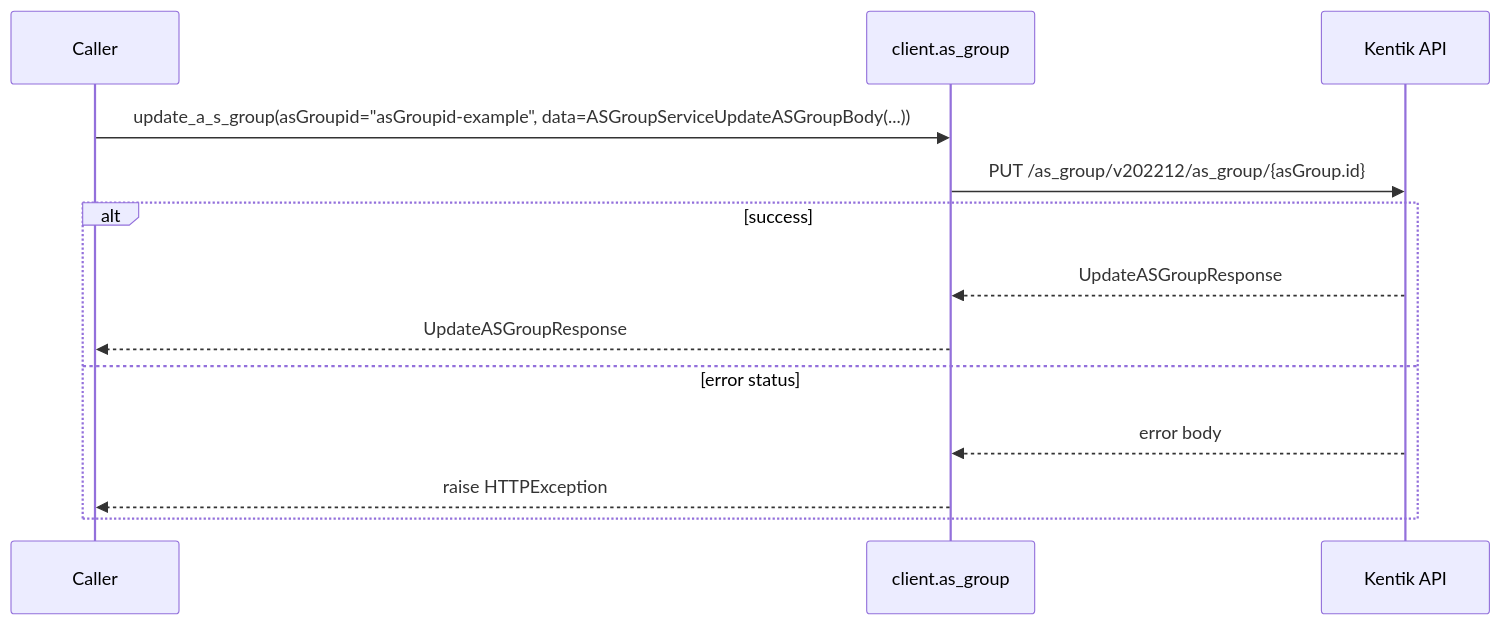
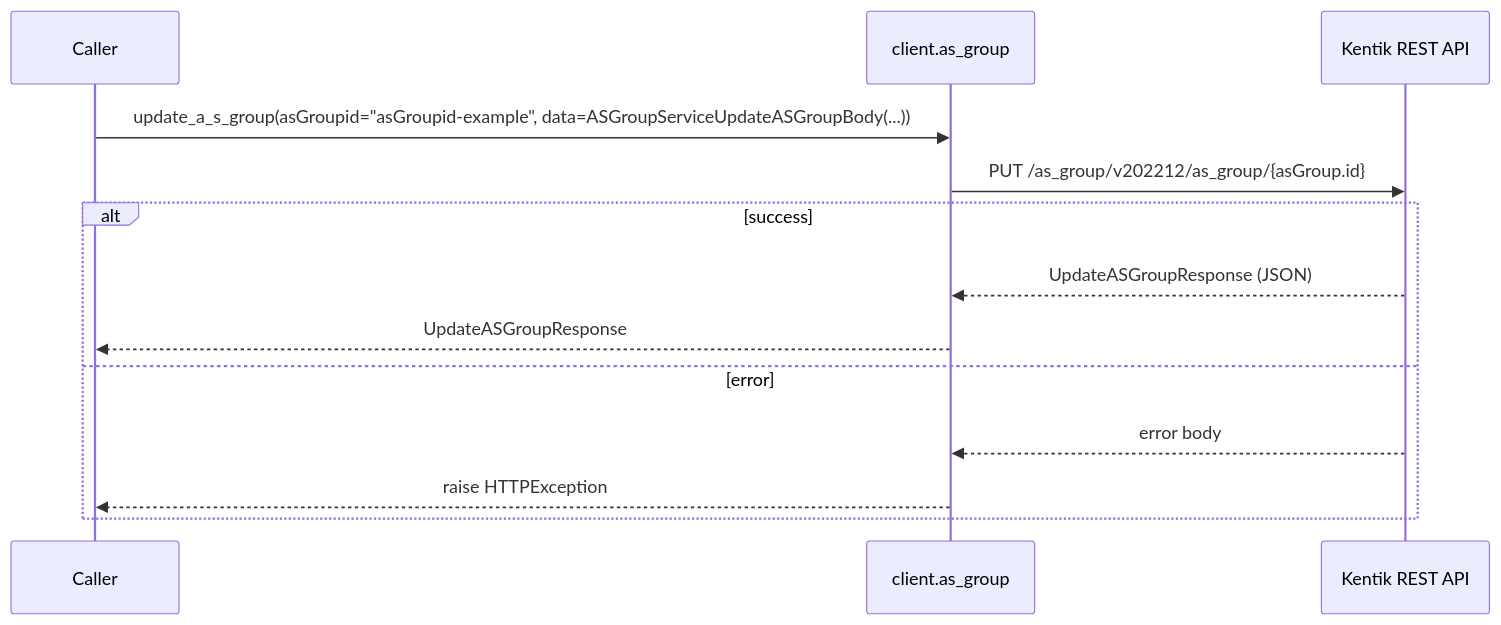
Before and after one commit to alexdearaujo/community_sdk_python: the eighth of 12 diagrams in docs/sphinx/services/as_group.md, drawn with Mermaid. The commit also changed other lines of this file and 61 other files, not shown here.

````diff
--- a/docs/sphinx/services/as_group.md
+++ b/docs/sphinx/services/as_group.md
@@ -175,16 +252,16 @@
 ```mermaid
 sequenceDiagram
     participant C as Caller
     participant W as client.as_group
-    participant API as Kentik API
+    participant API as Kentik REST API
 
     C->>W: update_a_s_group(asGroupid="asGroupid-example", data=ASGroupServiceUpdateASGroupBody(...))
     W->>API: PUT /as_group/v202212/as_group/{asGroup.id}
     alt success
-        API-->>W: UpdateASGroupResponse
+        API-->>W: UpdateASGroupResponse (JSON)
         W-->>C: UpdateASGroupResponse
-    else error status
+    else error
         API-->>W: error body
         W-->>C: raise HTTPException
     end
 ```
````
